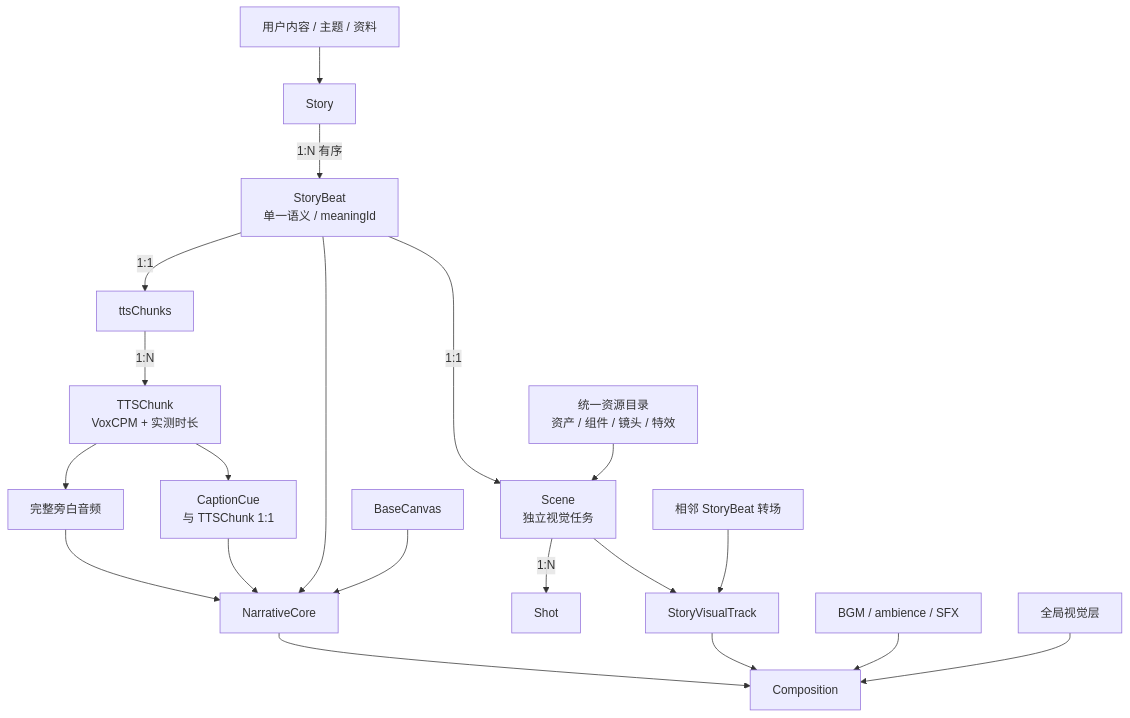
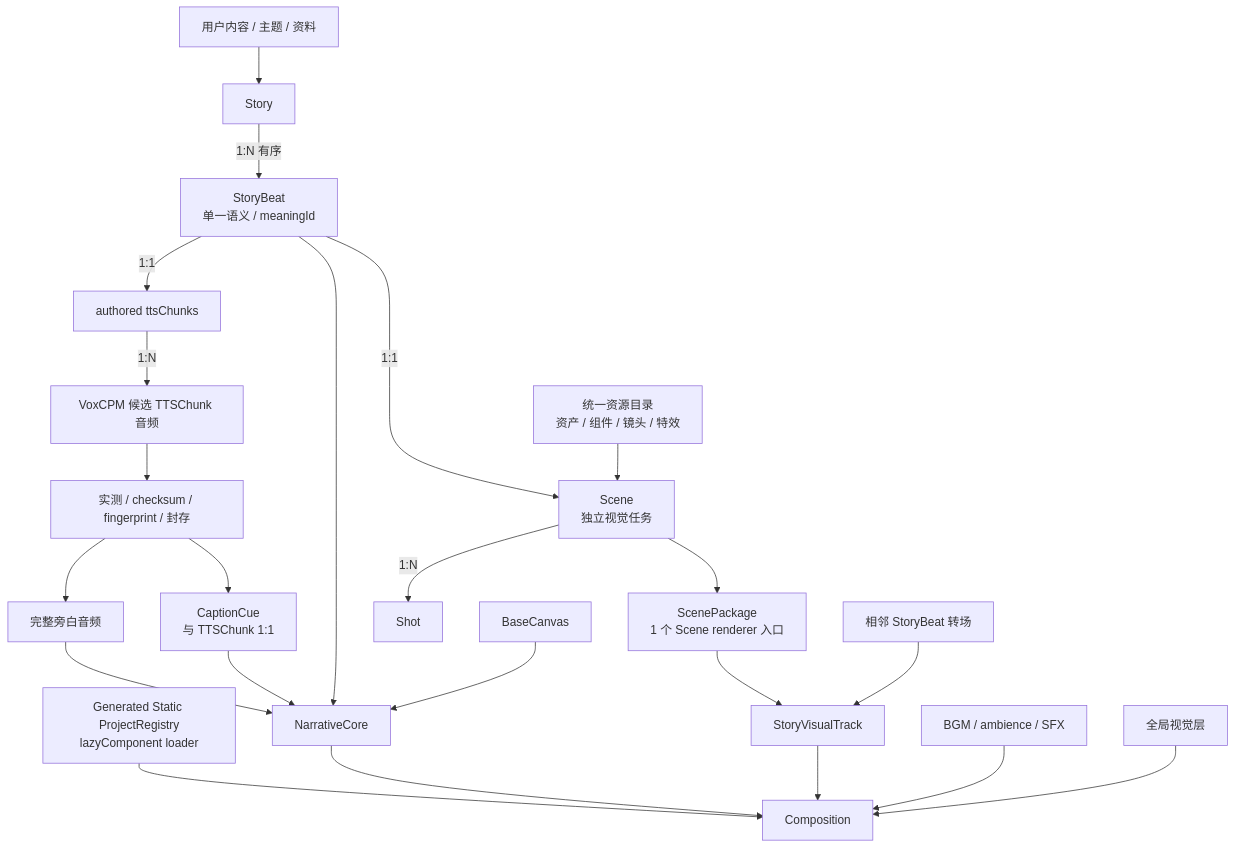
One commit to AXMORF/axmorf-studio changed the diagram in docs/FINAL_PRODUCT_GOAL.md. Above: the diagram before and after it, drawn with Mermaid. The commit also changed other lines of this file and 11 other files, not shown here.

````diff
--- a/docs/FINAL_PRODUCT_GOAL.md
+++ b/docs/FINAL_PRODUCT_GOAL.md
@@ -10,25 +10,28 @@
 ```mermaid
 flowchart TB
     User["用户内容 / 主题 / 资料"] --> Story["Story"]
     Story -->|"1:N 有序"| Beat["StoryBeat<br/>单一语义 / meaningId"]
 
-    Beat -->|"1:1"| Chunks["ttsChunks"]
-    Chunks -->|"1:N"| TTS["TTSChunk<br/>VoxCPM + 实测时长"]
-    TTS --> Captions["CaptionCue<br/>与 TTSChunk 1:1"]
-    TTS --> Audio["完整旁白音频"]
+    Beat -->|"1:1"| Chunks["authored ttsChunks"]
+    Chunks -->|"1:N"| Generate["VoxCPM 候选 TTSChunk 音频"]
+    Generate --> Seal["实测 / checksum / fingerprint / 封存"]
+    Seal --> Captions["CaptionCue<br/>与 TTSChunk 1:1"]
+    Seal --> Audio["完整旁白音频"]
     Audio --> Core["NarrativeCore"]
     Captions --> Core
     Beat --> Core
     Base["BaseCanvas"] --> Core
+    Registry["Generated Static ProjectRegistry<br/>lazyComponent loader"] --> Composition
 
     Beat -->|"1:1"| Scene["Scene<br/>独立视觉任务"]
     Scene -->|"1:N"| Shot["Shot"]
     Catalog["统一资源目录<br/>资产 / 组件 / 镜头 / 特效"] --> Scene
-    Scene --> Visual["StoryVisualTrack"]
+    Scene --> Package["ScenePackage<br/>1 个 Scene renderer 入口"]
+    Package --> Visual["StoryVisualTrack"]
     Transition["相邻 StoryBeat 转场"] --> Visual
 
     Core --> Composition["Composition"]
     Visual --> Composition
     Sound["BGM / ambience / SFX"] --> Composition
     Global["全局视觉层"] --> Composition
 ```
````
